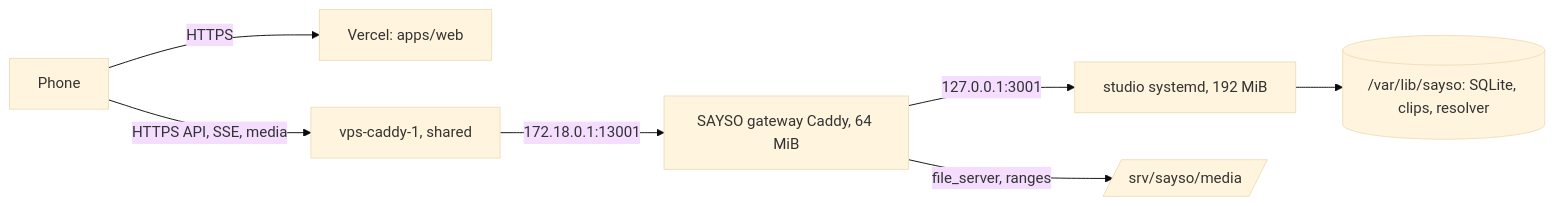
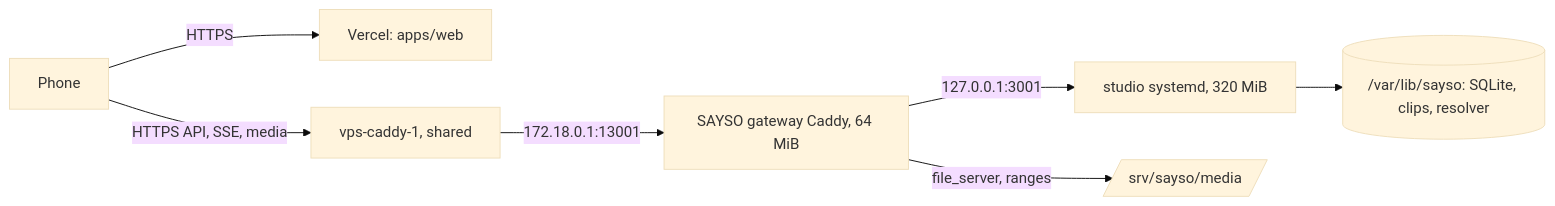
The fourth of 4 diagrams in docs/technical/ARCHITECTURE.md (febrinirwana/sayso), drawn with Mermaid (base theme) before and after one commit. The commit also changed other lines of this file and 4 other files, not shown here.

````diff
--- a/docs/technical/ARCHITECTURE.md
+++ b/docs/technical/ARCHITECTURE.md
@@ -250,9 +250,9 @@
 ```mermaid
 flowchart LR
   P[Phone] -->|HTTPS| V[Vercel: apps/web]
   P -->|HTTPS API, SSE, media| C[vps-caddy-1, shared]
   C -->|172.18.0.1:13001| G[SAYSO gateway Caddy, 64 MiB]
-  G -->|127.0.0.1:3001| S[studio systemd, 192 MiB]
+  G -->|127.0.0.1:3001| S[studio systemd, 320 MiB]
   G -->|file_server, ranges| M[/srv/sayso/media/]
   S --> D[(/var/lib/sayso: SQLite, clips, resolver)]
 ```
````
